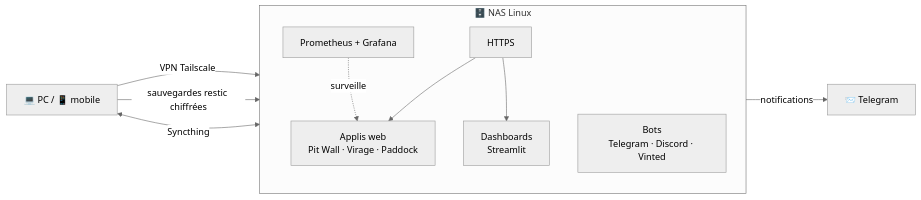
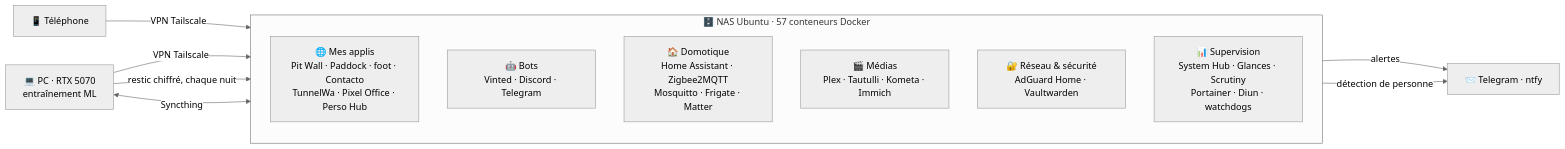
Before and after one commit to ElliottDaens/ElliottDaens: the diagram in README.md, drawn with Mermaid (neutral theme). The commit also changed other lines of this file and 20 other files, not shown here.

````diff
--- a/README.md
+++ b/README.md
@@ -113,14 +50,21 @@
 ```mermaid
 flowchart LR
-    U["💻 PC / 📱 mobile"] -- "VPN Tailscale" --> NAS
-    subgraph NAS["🗄️ NAS Linux"]
+    PC["💻 PC · RTX 5070<br/>entraînement ML"]
+    TEL["📱 Téléphone"]
+    PC & TEL -- "VPN Tailscale" --> NAS
+
+    subgraph NAS["🗄️ NAS Ubuntu · 57 conteneurs Docker"]
         direction TB
-        RP["HTTPS"] --> APPS["Applis web<br/>Pit Wall · Virage · Paddock"]
-        RP --> DASH["Dashboards<br/>Streamlit"]
-        BOTS["Bots<br/>Telegram · Discord · Vinted"]
-        MON["Prometheus + Grafana"] -. surveille .-> APPS
+        APPS["🌐 Mes applis<br/>Pit Wall · Paddock · foot · Contacto<br/>TunnelWa · Pixel Office · Perso Hub"]
+        BOTS["🤖 Bots<br/>Vinted · Discord · Telegram"]
+        DOMO["🏠 Domotique<br/>Home Assistant · Zigbee2MQTT<br/>Mosquitto · Frigate · Matter"]
+        MEDIA["🎬 Médias<br/>Plex · Tautulli · Kometa · Immich"]
+        SEC["🔐 Réseau & sécurité<br/>AdGuard Home · Vaultwarden"]
+        SUP["📊 Supervision<br/>System Hub · Glances · Scrutiny<br/>Portainer · Diun · watchdogs"]
     end
-    NAS -- "notifications" --> TG["📨 Telegram"]
-    U -- "sauvegardes restic chiffrées" --> NAS
-    U <-- "Syncthing" --> NAS
+
+    PC -- "restic chiffré, chaque nuit" --> NAS
+    PC <-- "Syncthing" --> NAS
+    SUP -- "alertes" --> TG["📨 Telegram · ntfy"]
+    DOMO -- "détection de personne" --> TG
 ```
````
